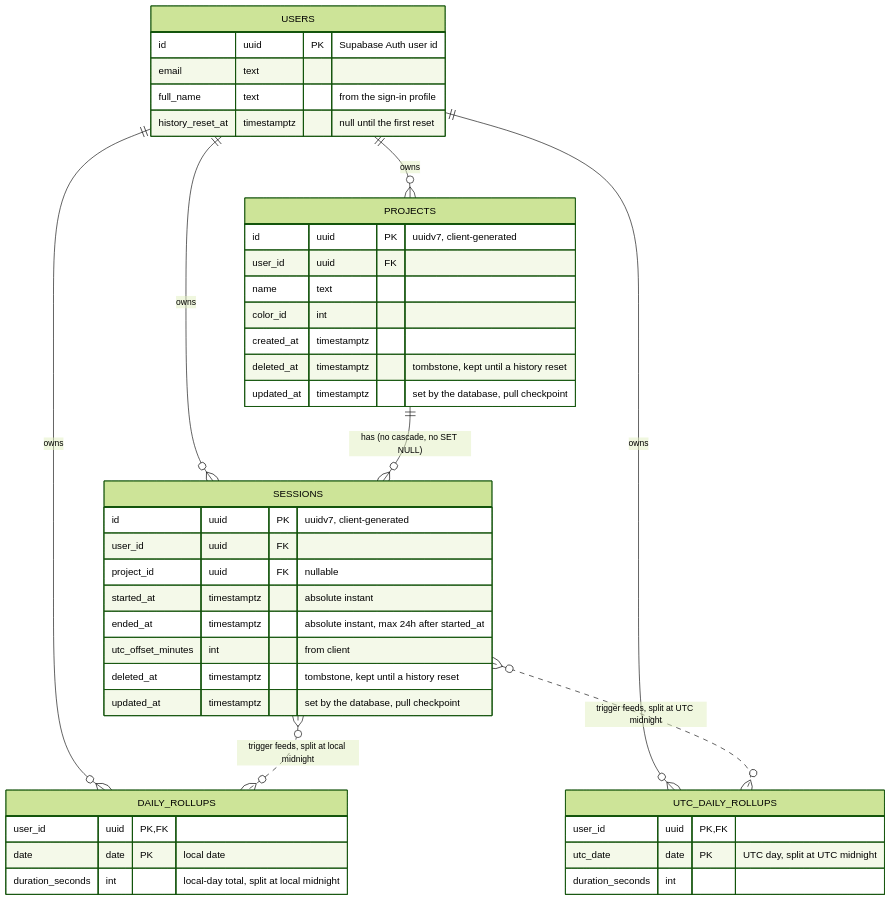
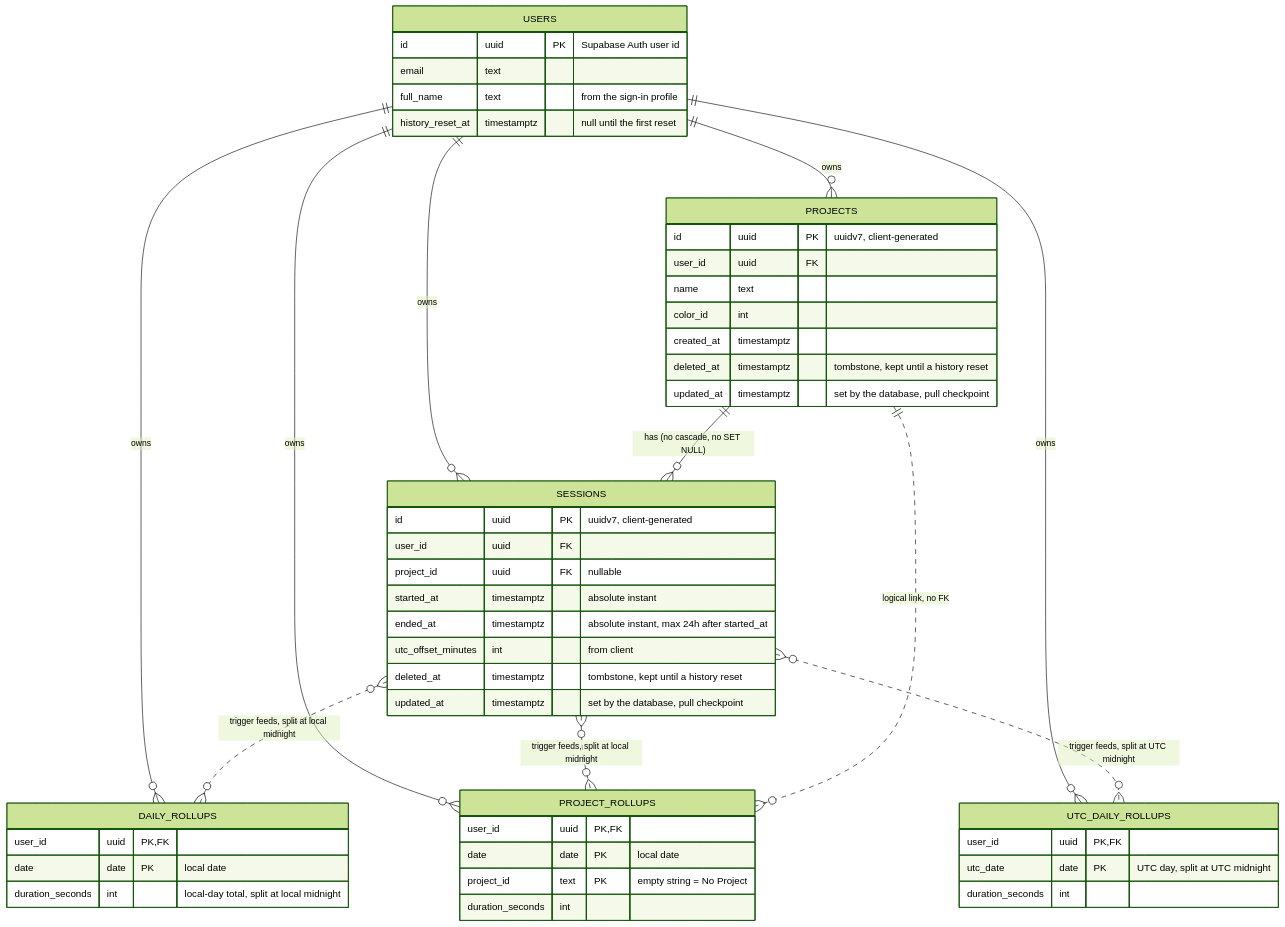
One commit to sardaar-niamotullah/tarkeez changed the third of 3 diagrams in README.md. Above: the diagram before and after it, drawn with Mermaid (forest theme). The commit also changed other lines of this file, not shown here.

````diff
--- a/README.md
+++ b/README.md
@@ -406,46 +406,55 @@
 ```mermaid
 erDiagram
   USERS ||--o{ PROJECTS : owns
   USERS ||--o{ SESSIONS : owns
   USERS ||--o{ DAILY_ROLLUPS : owns
+  USERS ||--o{ PROJECT_ROLLUPS : owns
   USERS ||--o{ UTC_DAILY_ROLLUPS : owns
   PROJECTS ||--o{ SESSIONS : "has (no cascade, no SET NULL)"
   SESSIONS }o..o{ DAILY_ROLLUPS : "trigger feeds, split at local midnight"
+  SESSIONS }o..o{ PROJECT_ROLLUPS : "trigger feeds, split at local midnight"
   SESSIONS }o..o{ UTC_DAILY_ROLLUPS : "trigger feeds, split at UTC midnight"
+  PROJECTS ||..o{ PROJECT_ROLLUPS : "logical link, no FK"
 
   USERS {
     id uuid PK "Supabase Auth user id"
     email text
     full_name text "from the sign-in profile"
     history_reset_at timestamptz "null until the first reset"
   }
   PROJECTS {
     id uuid PK "uuidv7, client-generated"
     user_id uuid FK
     name text
     color_id int
     created_at timestamptz
     deleted_at timestamptz "tombstone, kept until a history reset"
     updated_at timestamptz "set by the database, pull checkpoint"
   }
   SESSIONS {
     id uuid PK "uuidv7, client-generated"
     user_id uuid FK
     project_id uuid FK "nullable"
     started_at timestamptz "absolute instant"
     ended_at timestamptz "absolute instant, max 24h after started_at"
     utc_offset_minutes int "from client"
     deleted_at timestamptz "tombstone, kept until a history reset"
     updated_at timestamptz "set by the database, pull checkpoint"
   }
   DAILY_ROLLUPS {
     user_id uuid PK, FK
     date date PK "local date"
     duration_seconds int "local-day total, split at local midnight"
   }
+  PROJECT_ROLLUPS {
+    user_id uuid PK, FK
+    date date PK "local date"
+    project_id text PK "empty string = No Project"
+    duration_seconds int
+  }
   UTC_DAILY_ROLLUPS {
     user_id uuid PK, FK
     utc_date date PK "UTC day, split at UTC midnight"
     duration_seconds int
   }
 ```
````
